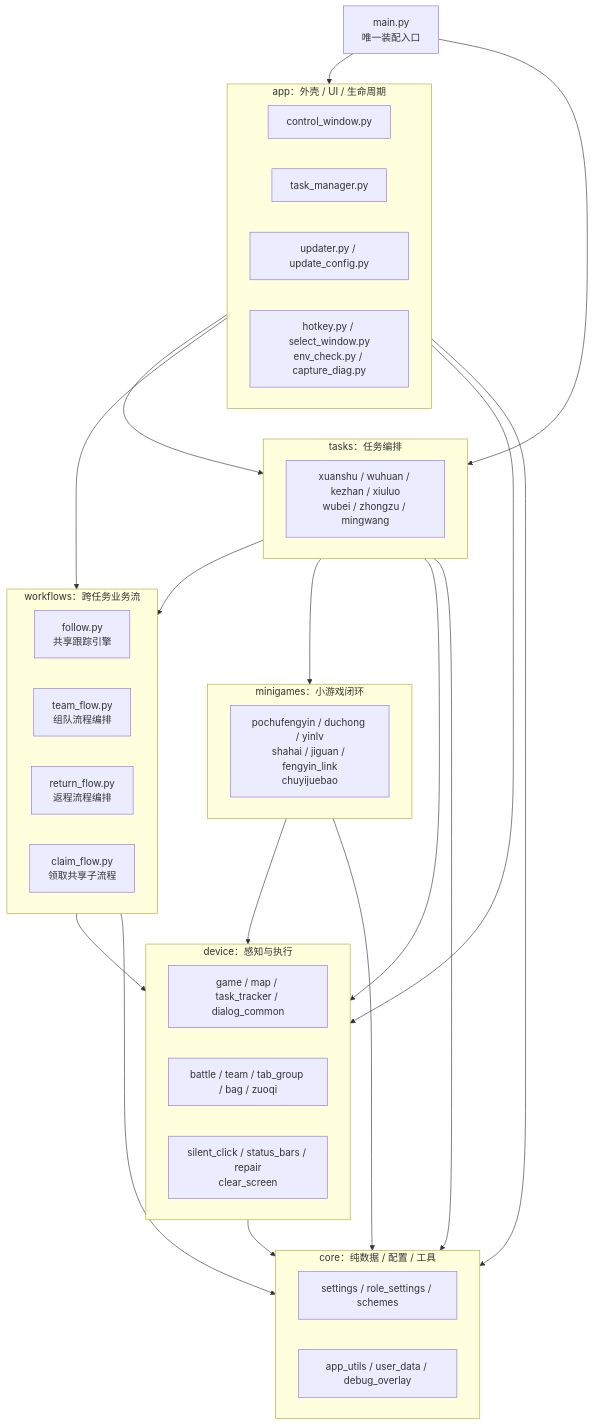
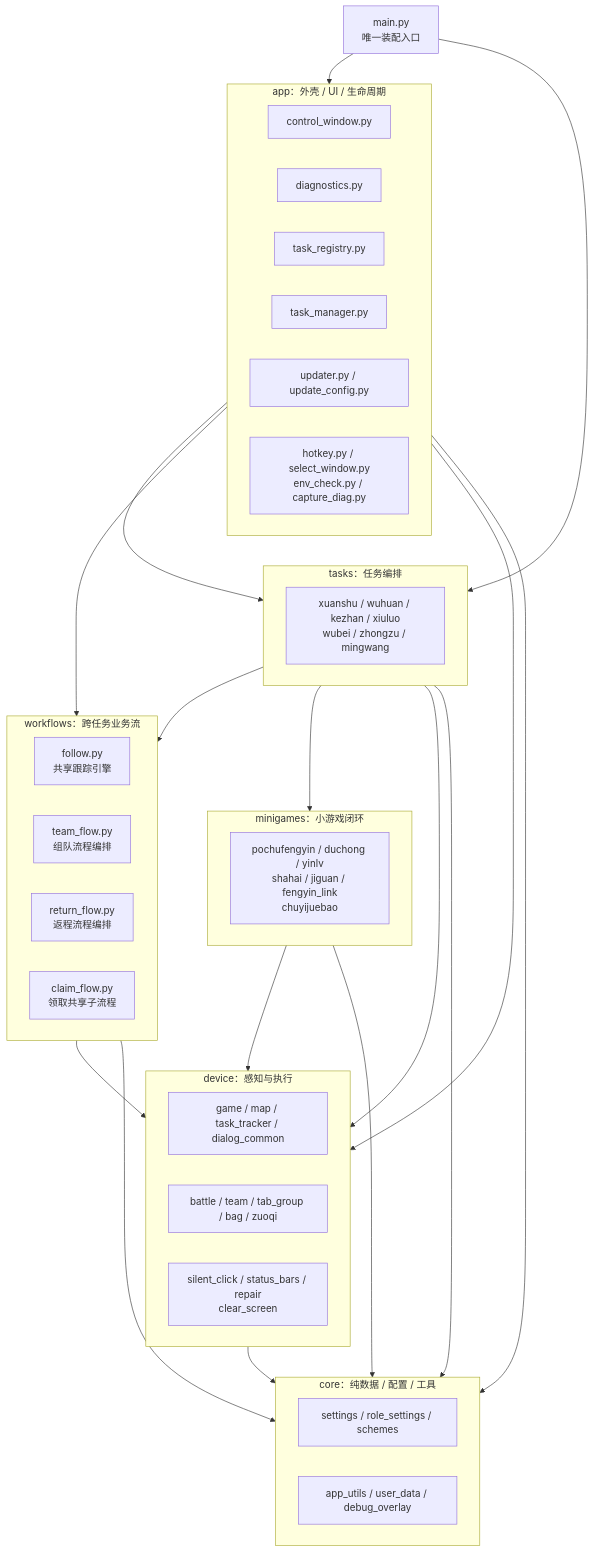
Before and after one commit to OPC-UNI/dhxy_ascript: the second of 16 diagrams in docs/architecture.md, drawn with Mermaid. The commit also changed other lines of this file and 1 other file, not shown here.

````diff
--- a/docs/architecture.md
+++ b/docs/architecture.md
@@ -133,53 +133,55 @@
 ```mermaid
 flowchart TB
     MAIN["main.py<br/>唯一装配入口"]
 
     subgraph APP["app：外壳 / UI / 生命周期"]
         UI["control_window.py"]
+        DIAG["diagnostics.py"]
+        REG["task_registry.py"]
         TM["task_manager.py"]
         UPD["updater.py / update_config.py"]
         MISC["hotkey.py / select_window.py<br/>env_check.py / capture_diag.py"]
     end
 
     subgraph TASKS["tasks：任务编排"]
         T1["xuanshu / wuhuan / kezhan / xiuluo<br/>wubei / zhongzu / mingwang"]
     end
 
     subgraph WORKFLOWS["workflows：跨任务业务流"]
         FOLLOW["follow.py<br/>共享跟踪引擎"]
         TEAMFLOW["team_flow.py<br/>组队流程编排"]
         RETFLOW["return_flow.py<br/>返程流程编排"]
         CLAIMFLOW["claim_flow.py<br/>领取共享子流程"]
     end
 
     subgraph MINIGAMES["minigames：小游戏闭环"]
         MG["pochufengyin / duchong / yinlv<br/>shahai / jiguan / fengyin_link<br/>chuyijuebao"]
     end
 
     subgraph DEVICE["device：感知与执行"]
         D1["game / map / task_tracker / dialog_common"]
         D2["battle / team / tab_group / bag / zuoqi"]
         D3["silent_click / status_bars / repair<br/>clear_screen"]
     end
 
     subgraph CORE["core：纯数据 / 配置 / 工具"]
         C1["settings / role_settings / schemes"]
         C2["app_utils / user_data / debug_overlay"]
     end
 
     MAIN --> APP
     MAIN --> TASKS
     APP --> TASKS
     APP --> WORKFLOWS
     APP --> DEVICE
     APP --> CORE
     TASKS --> WORKFLOWS
     TASKS --> MINIGAMES
     TASKS --> DEVICE
     TASKS --> CORE
     WORKFLOWS --> DEVICE
     WORKFLOWS --> CORE
     MINIGAMES --> DEVICE
     MINIGAMES --> CORE
     DEVICE --> CORE
 ```
````
